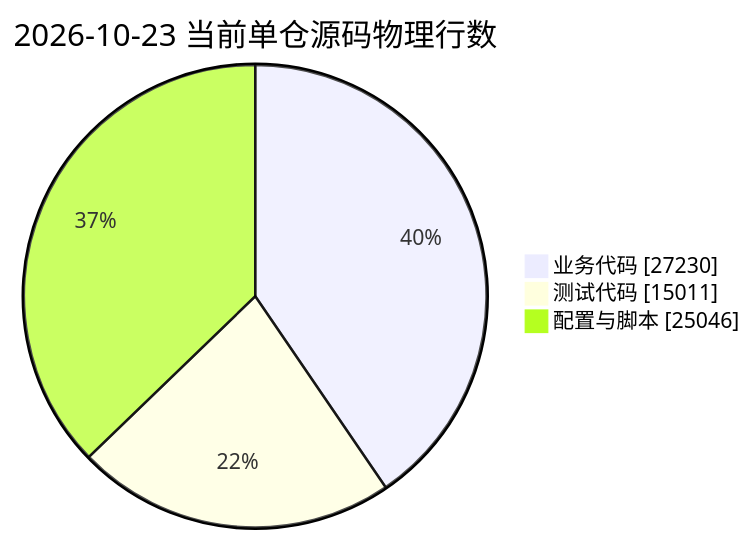
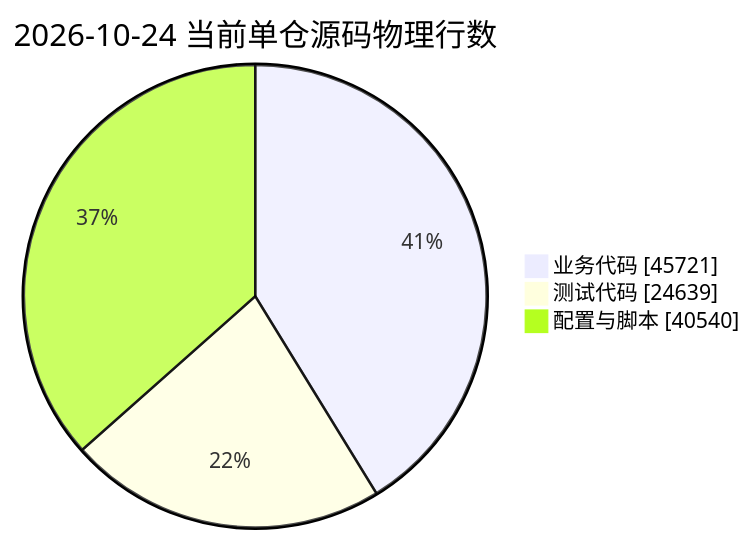
Before and after one commit to JobsKits/MacOS_Extension: the third of 3 diagrams in README.md, drawn with Mermaid. The commit also changed other lines of this file and 134 other files, not shown here.

````diff
--- a/README.md
+++ b/README.md
@@ -480,7 +492,7 @@
 ```mermaid
 pie showData
-    title 2026-10-23 当前单仓源码物理行数
-    "业务代码" : 27230
-    "测试代码" : 15011
-    "配置与脚本" : 25046
+    title 2026-10-24 当前单仓源码物理行数
+    "业务代码" : 45721
+    "测试代码" : 24639
+    "配置与脚本" : 40540
 ```
````
